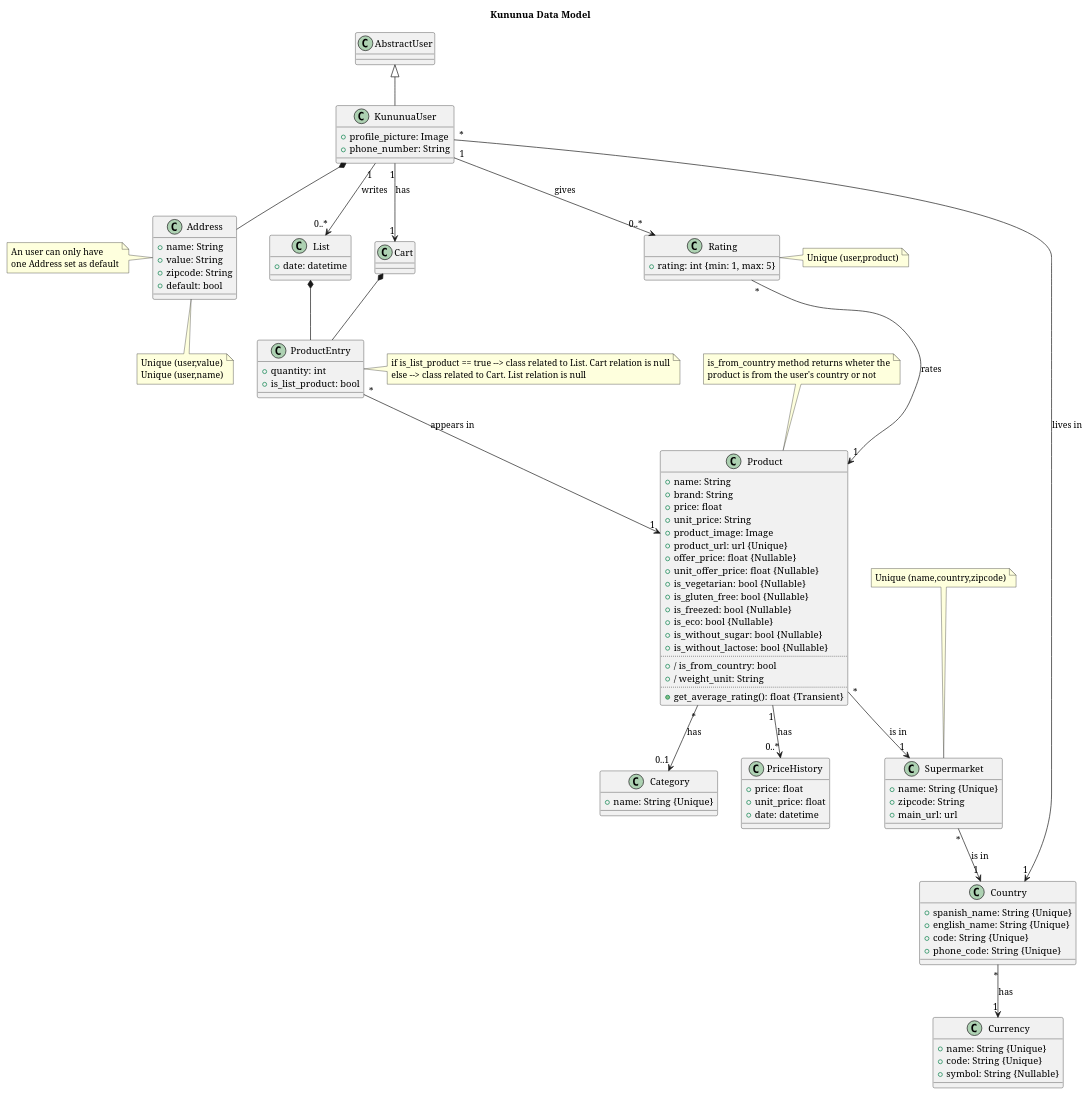
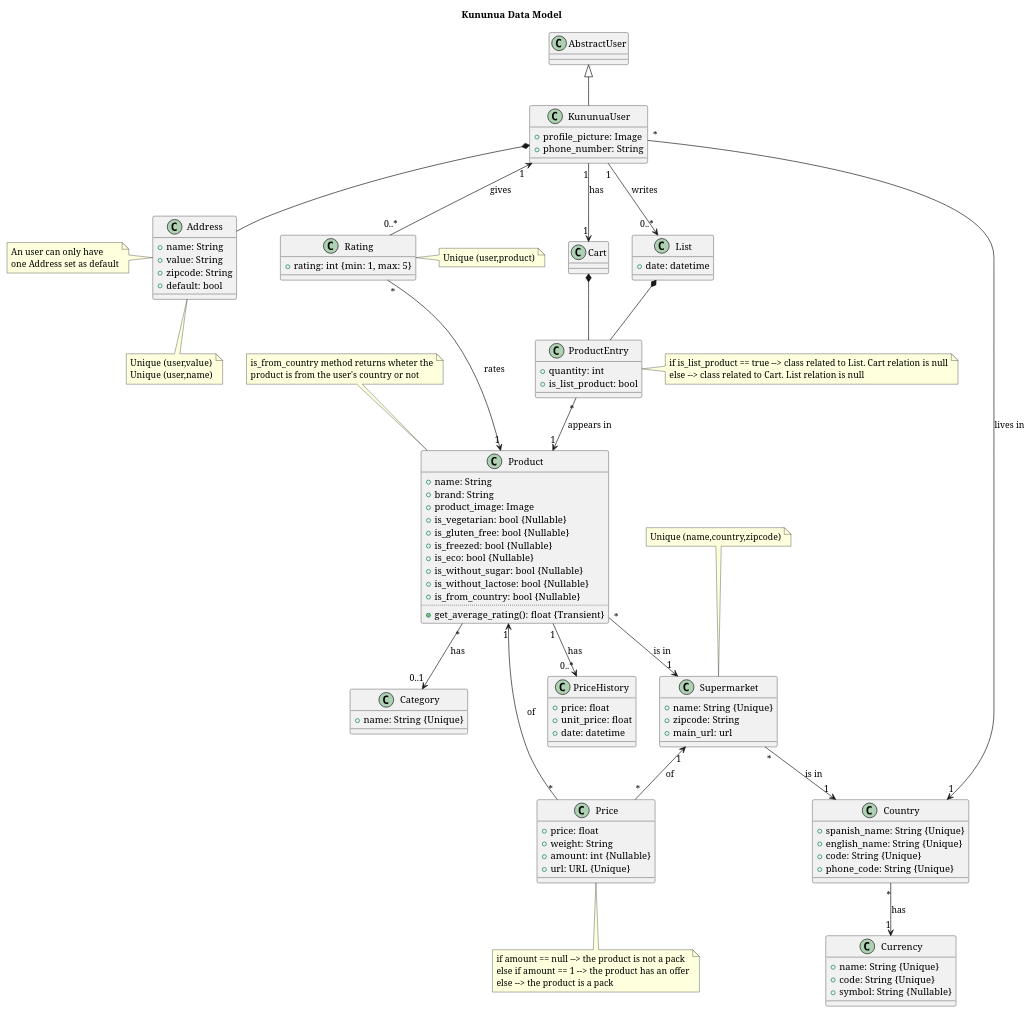
Before and after one commit to Kununua/kununua-app: the diagram in documentation/diagrams/src/data-diagram.wsd, drawn with PlantUML. The commit also changed 3 other files, not shown here.

```diff
--- a/documentation/diagrams/src/data-diagram.wsd
+++ b/documentation/diagrams/src/data-diagram.wsd
@@ -1,139 +1,145 @@
 @startuml KununuaDataModel
 
 ' --------------- CONFIG ----------------
 
 title Kununua Data Model
-'!theme minty
-'!theme materia
 skinparam defaultFontName Serif
 
 ' --------------- CLASSES ----------------
 
 class AbstractUser{}
 
 class KununuaUser{
     +profile_picture: Image
     +phone_number: String
 }
 
 class Country{
     +spanish_name: String {Unique}
     +english_name: String {Unique}
     +code: String {Unique}
     +phone_code: String {Unique}
 }
 
 class Currency{
     +name: String {Unique}
     +code: String {Unique}
     +symbol: String {Nullable}
 }
 
 class Address{
     +name: String
     +value: String
     +zipcode: String
     +default: bool
 }
 
 class Product{
     +name: String
     +brand: String
-    +price: float
-    +unit_price: String
     +product_image: Image
-    +product_url: url {Unique}
-    +offer_price: float {Nullable}
-    +unit_offer_price: float {Nullable}
     +is_vegetarian: bool {Nullable}
     +is_gluten_free: bool {Nullable}
     +is_freezed: bool {Nullable}
     +is_eco: bool {Nullable}
     +is_without_sugar: bool {Nullable}
     +is_without_lactose: bool {Nullable}
-    ..
-    + / is_from_country: bool
-    + / weight_unit: String
+    +is_from_country: bool {Nullable}
     ..
     +get_average_rating(): float {Transient}
+}
+
+class Price{
+    +price: float
+    +weight: String
+    +amount: int {Nullable}
+    +url: URL {Unique}
 }
 
 class Category{
     +name: String {Unique}
 }
 
 class Supermarket{
     +name: String {Unique}
     +zipcode: String
     +main_url: url
 }
 
 class Rating{
     +rating: int {min: 1, max: 5}
 }
 
 class PriceHistory{
     +price: float
     +unit_price: float
     +date: datetime
 }
 
 class List{
     +date: datetime
 }
 
 class Cart{}
 
 class ProductEntry{
     +quantity: int
     +is_list_product: bool
 }
 
 ' --------------- NOTES ----------------
 note left of Address 
 An user can only have 
 one Address set as default
 end note
 
 note bottom of Address 
 Unique (user,value)
 Unique (user,name)
 end note
 
 note top of Product
 is_from_country method returns wheter the
 product is from the user's country or not
 end note
 
 note top of Supermarket
 Unique (name,country,zipcode)
 end note
 
 note right of Rating
 Unique (user,product)
 end note
 
 note right of ProductEntry
 if is_list_product == true --> class related to List. Cart relation is null
 else --> class related to Cart. List relation is null
 end note
 
+note bottom of Price
+if amount == null --> the product is not a pack
+else if amount == 1 --> the product has an offer
+else --> the product is a pack
+end note
+
 ' --------------- RELATIONS ----------------
 
 AbstractUser <|-- KununuaUser
 KununuaUser *-- Address
 KununuaUser "*" --> "1" Country: lives in
-KununuaUser "1" --> "0..*" Rating: gives
+KununuaUser "1" <-- "0..*" Rating: gives
 KununuaUser "1" --> "0..*" List: writes
 KununuaUser "1" --> "1" Cart: has
 Country "*" --> "1" Currency: has
 Product "*" --> "0..1" Category: has
+Product "1" <-- "*" Price: of
 Product "*" --> "1" Supermarket: is in
 Product "1" --> "0..*" PriceHistory: has
 Supermarket "*" --> "1" Country: is in
+Supermarket "1" <-- "*" Price: of
 Rating "*" --> "1" Product: rates
 List *-- ProductEntry
 Cart *-- ProductEntry
 ProductEntry "*" --> "1" Product: appears in
 
 @enduml
```
